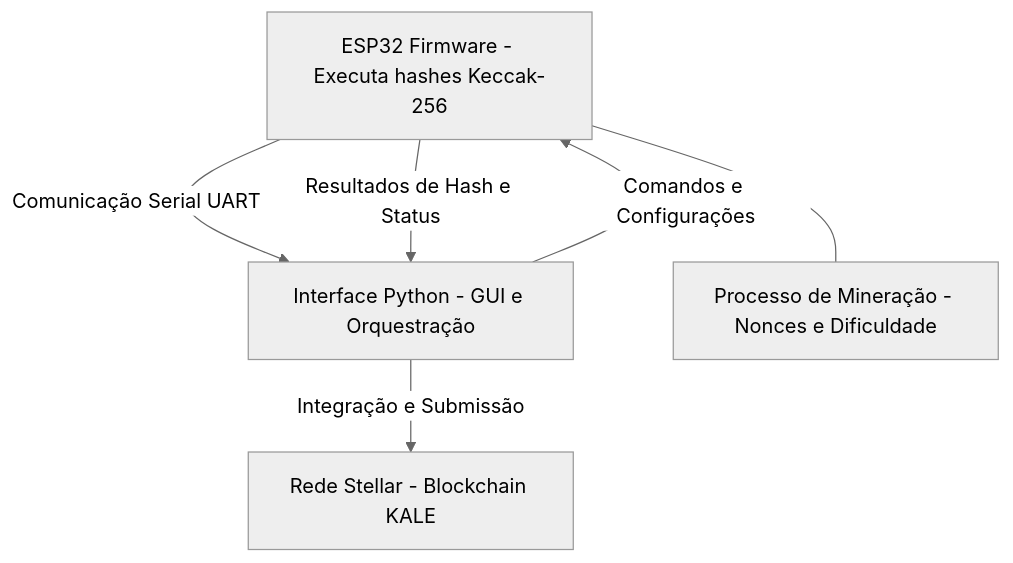
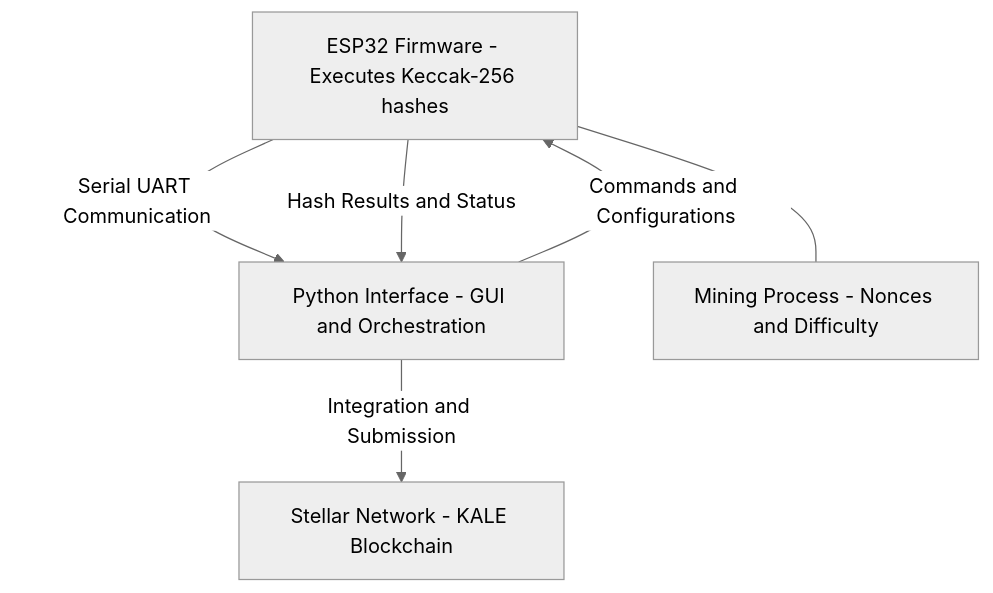
The first of 3 diagrams in README.md (olivmath/kalesp), drawn with Mermaid (neutral theme) before and after one commit. The commit also changed other lines of this file, not shown here.

````diff
--- a/README.md
+++ b/README.md
@@ -23,8 +23,8 @@
 ```mermaid
 graph TD
-    A[ESP32 Firmware - Executa hashes Keccak-256] -- Comunicação Serial UART --> B[Interface Python - GUI e Orquestração]
-    B -- Comandos e Configurações --> A
-    A -- Resultados de Hash e Status --> B
-    B -- Integração e Submissão --> C[Rede Stellar - Blockchain KALE]
-    A --- D[Processo de Mineração - Nonces e Dificuldade]
+    A[ESP32 Firmware - Executes Keccak-256 hashes] -- Serial UART Communication --> B[Python Interface - GUI and Orchestration]
+    B -- Commands and Configurations --> A
+    A -- Hash Results and Status --> B
+    B -- Integration and Submission --> C[Stellar Network - KALE Blockchain]
+    A --- D[Mining Process - Nonces and Difficulty]
 ```
````
